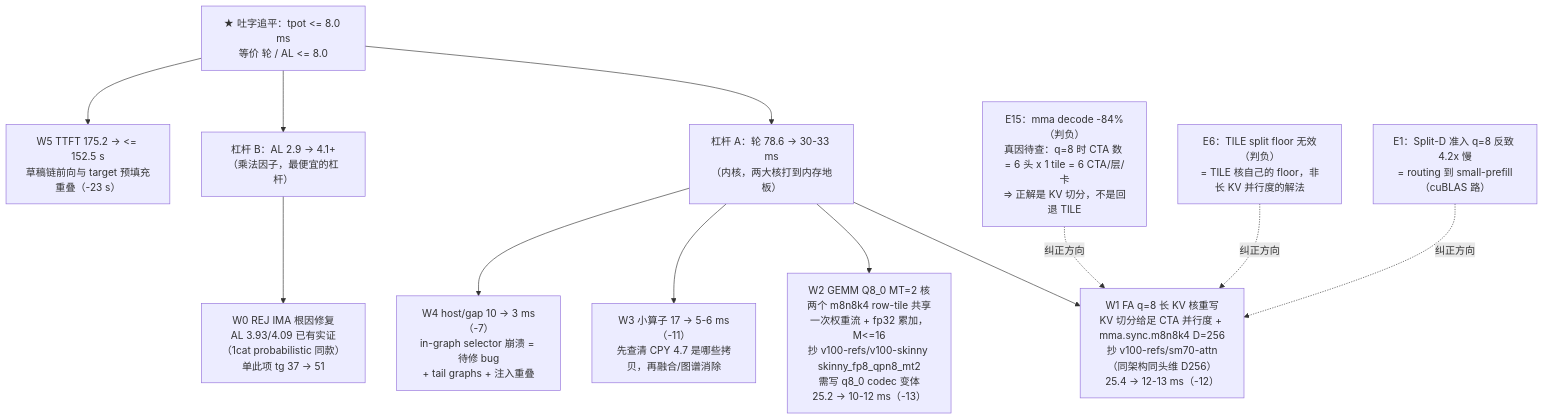
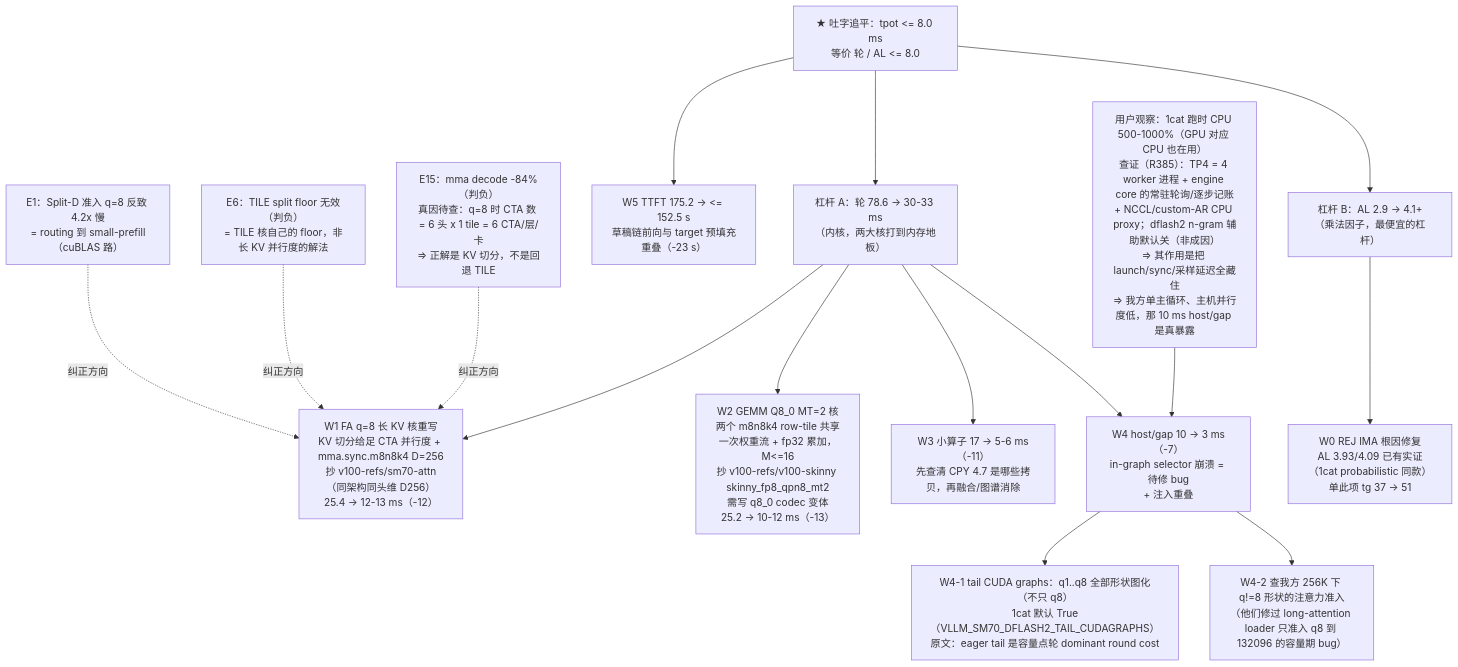
The first of 3 diagrams in PLAN-GRAPH.md (1115714829/Llama.cpp-V100), drawn with Mermaid before and after one commit. The commit also changed 1 other file, not shown here.

Commit message:
ledger: R385 CPU-load forensics on the 1cat stack, three plan corrections
The 500-1000% CPU is TP4 worker processes plus engine-core polling and per-step bookkeeping plus NCCL proxy threads, not the dflash2 ngram assist (that flag defaults off and the production service does not set it). Their host layer hides launch and sync latency; ours exposes it, so the 10 ms host/gap is real and W4 moves up. Adds W4-1 (tail CUDA graphs for q1..q8, on by default in their fork) and W4-2 (check our attention admission for q!=8 at 256K).

````diff
--- a/PLAN-GRAPH.md
+++ b/PLAN-GRAPH.md
@@ -25,26 +25,32 @@
 ```mermaid
 flowchart TD
   P["★ 吐字追平：tpot <= 8.0 ms<br/>等价 轮 / AL <= 8.0"]:::goal
   A["杠杆 A：轮 78.6 -> 30-33 ms<br/>（内核，两大核打到内存地板）"]:::hot
   B["杠杆 B：AL 2.9 -> 4.1+<br/>（乘法因子，最便宜的杠杆）"]:::hot
   P --> A
   P --> B
   W1["W1 FA q=8 长 KV 核重写<br/>KV 切分给足 CTA 并行度 + mma.sync.m8n8k4 D=256<br/>抄 v100-refs/sm70-attn（同架构同头维 D256）<br/>25.4 -> 12-13 ms（-12）"]:::hot
   W2["W2 GEMM Q8_0 MT=2 核<br/>两个 m8n8k4 row-tile 共享一次权重流 + fp32 累加，M<=16<br/>抄 v100-refs/v100-skinny skinny_fp8_qpn8_mt2<br/>需写 q8_0 codec 变体<br/>25.2 -> 10-12 ms（-13）"]:::hot
   W3["W3 小算子 17 -> 5-6 ms（-11）<br/>先查清 CPY 4.7 是哪些拷贝，再融合/图谱消除"]:::cool
-  W4["W4 host/gap 10 -> 3 ms（-7）<br/>in-graph selector 崩溃 = 待修 bug<br/>+ tail graphs + 注入重叠"]:::cool
+  W4["W4 host/gap 10 -> 3 ms（-7）<br/>in-graph selector 崩溃 = 待修 bug<br/>+ 注入重叠"]:::cool
+  OBS["用户观察：1cat 跑时 CPU 500-1000%（GPU 对应 CPU 也在用）<br/>查证（R385）：TP4 = 4 worker 进程 + engine core 的常驻轮询/逐步记账<br/>+ NCCL/custom-AR CPU proxy；dflash2 n-gram 辅助默认关（非成因）<br/>=> 其作用是把 launch/sync/采样延迟全藏住<br/>=> 我方单主循环、主机并行度低，那 10 ms host/gap 是真暴露"]:::fact
+  W41["W4-1 tail CUDA graphs：q1..q8 全部形状图化（不只 q8）<br/>1cat 默认 True（VLLM_SM70_DFLASH2_TAIL_CUDAGRAPHS）<br/>原文：eager tail 是容量点轮 dominant round cost"]:::hot
+  W42["W4-2 查我方 256K 下 q!=8 形状的注意力准入<br/>（他们修过 long-attention loader 只准入 q8 到 132096 的容量期 bug）"]:::hot
+  OBS --> W4
+  W4 --> W41
+  W4 --> W42
   W0["W0 REJ IMA 根因修复<br/>AL 3.93/4.09 已有实证（1cat probabilistic 同款）<br/>单此项 tg 37 -> 51"]:::hot
   W5["W5 TTFT 175.2 -> <= 152.5 s<br/>草稿链前向与 target 预填充重叠（-23 s）"]:::cool
   A --> W1
   A --> W2
   A --> W3
   A --> W4
   B --> W0
   P --> W5
   X15["E15：mma decode -84%（判负）<br/>真因待查：q=8 时 CTA 数 = 6 头 x 1 tile = 6 CTA/层/卡<br/>=> 正解是 KV 切分，不是回退 TILE"]:::no
   X6["E6：TILE split floor 无效（判负）<br/>= TILE 核自己的 floor，非长 KV 并行度的解法"]:::no
   X1["E1：Split-D 准入 q=8 反致 4.2x 慢<br/>= routing 到 small-prefill（cuBLAS 路）"]:::no
   X15 -.->|纠正方向| W1
   X6 -.->|纠正方向| W1
   X1 -.->|纠正方向| W1
 ```
````
